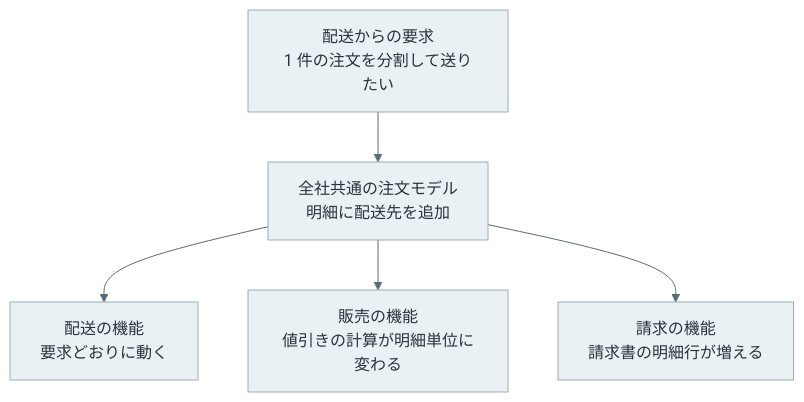
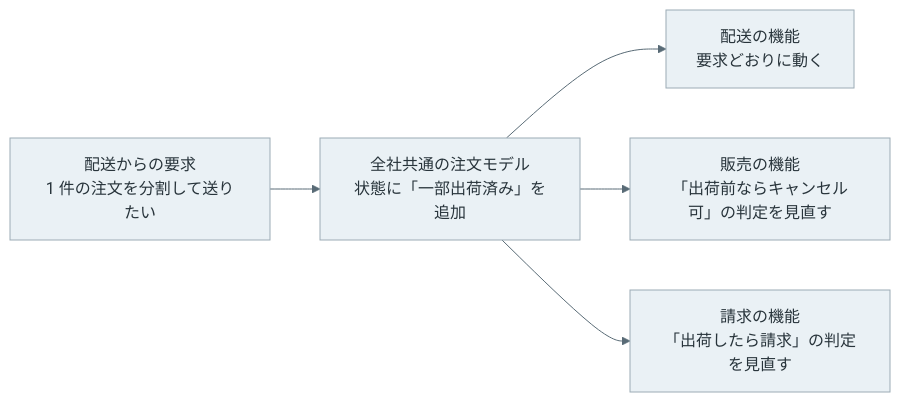
Before and after one commit to nao1215/debimate: the first of 2 diagrams in content/notes/software-architecture/bounded-context/index.md, drawn with Mermaid. The commit also changed other lines of this file and 4 other files, not shown here.

Commit message:
docs(notes): refine five distributed systems and architecture notes

````diff
--- a/content/notes/software-architecture/bounded-context/index.md
+++ b/content/notes/software-architecture/bounded-context/index.md
@@ -58,9 +58,9 @@
 ```mermaid
 %%{init: {"theme":"base","themeVariables":{"primaryColor":"#eaf1f5","primaryTextColor":"#28343b","primaryBorderColor":"#9cabb5","lineColor":"#596b76","textColor":"#28343b","actorBkg":"#eaf1f5","actorBorder":"#9cabb5","actorTextColor":"#28343b","actorLineColor":"#9cabb5","signalColor":"#596b76","signalTextColor":"#28343b","noteBkgColor":"#f7f1e5","noteBorderColor":"#c5b99b","noteTextColor":"#403c32","activationBkgColor":"#edf3ef","activationBorderColor":"#9aafa1"}}}%%
-flowchart TB
-    C["配送からの要求<br/>1 件の注文を分割して送りたい"] --> M["全社共通の注文モデル<br/>明細に配送先を追加"]
+flowchart LR
+    C["配送からの要求<br/>1 件の注文を分割して送りたい"] --> M["全社共通の注文モデル<br/>状態に「一部出荷済み」を追加"]
     M --> SH["配送の機能<br/>要求どおりに動く"]
-    M --> SA["販売の機能<br/>値引きの計算が明細単位に変わる"]
-    M --> BI["請求の機能<br/>請求書の明細行が増える"]
+    M --> SA["販売の機能<br/>「出荷前ならキャンセル可」の判定を見直す"]
+    M --> BI["請求の機能<br/>「出荷したら請求」の判定を見直す"]
     classDef default fill:#eaf1f5,stroke:#9cabb5,color:#28343b;
 ```
````
